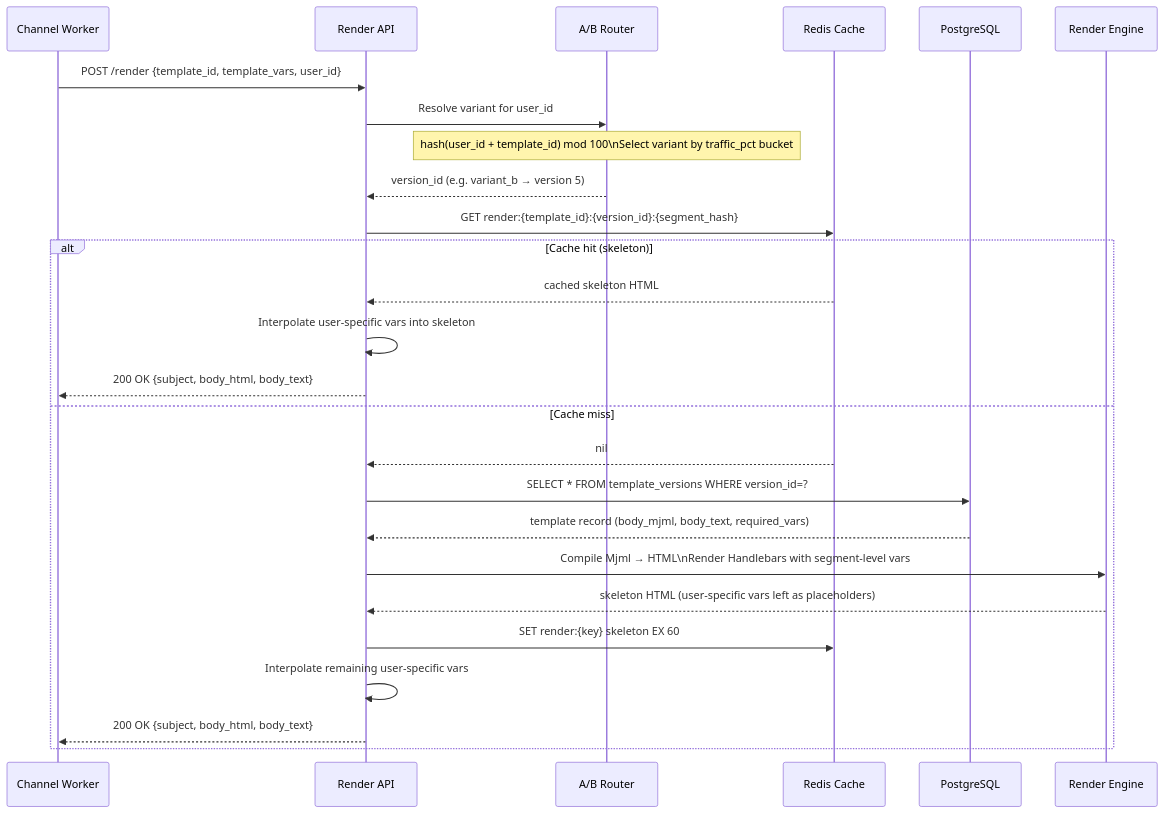
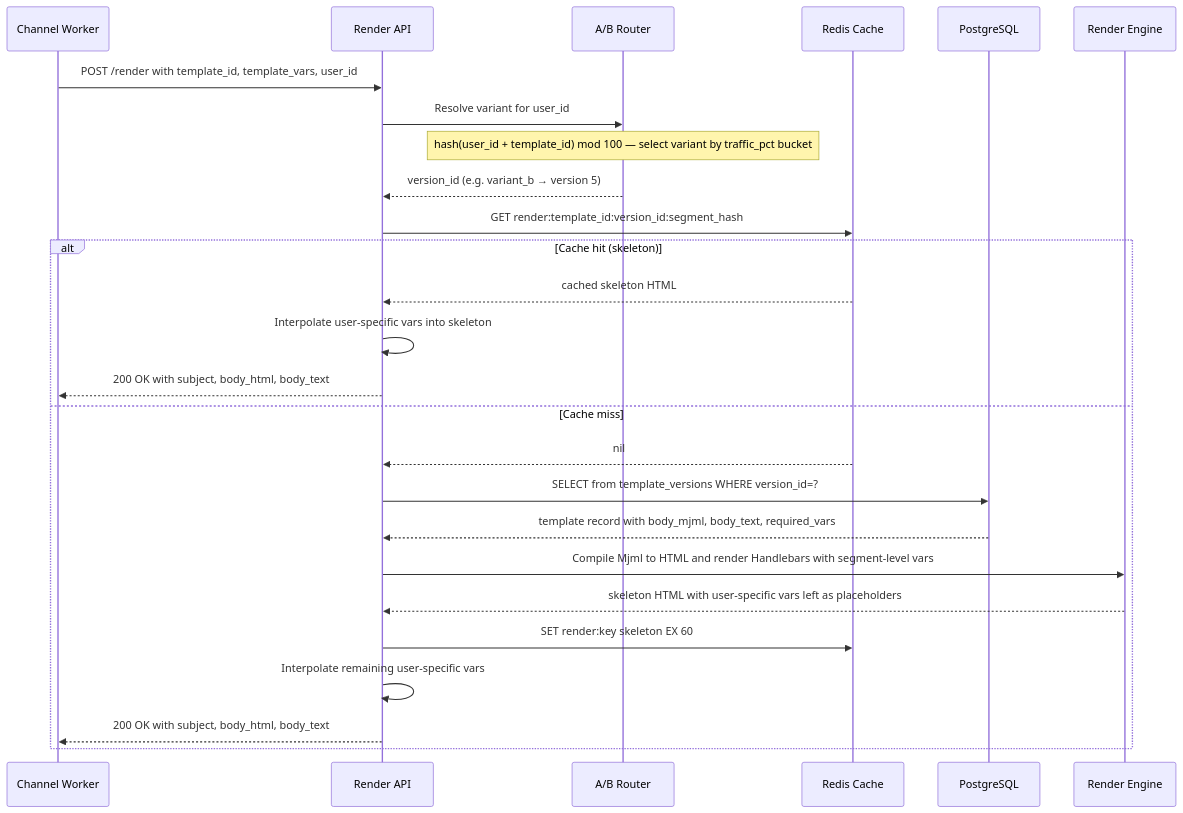
The third of 9 diagrams in notification-service/design/template-service.md (bindian0509/system-design), drawn with Mermaid before and after one commit. The commit also changed other lines of this file and 9 other files, not shown here.

Commit message:
fixing mermaid

````diff
--- a/notification-service/design/template-service.md
+++ b/notification-service/design/template-service.md
@@ -270,31 +270,31 @@
 ```mermaid
 sequenceDiagram
     participant Worker as Channel Worker
     participant RA as Render API
     participant ABR as A/B Router
     participant Redis as Redis Cache
     participant PG as PostgreSQL
     participant RE as Render Engine
 
-    Worker->>RA: POST /render {template_id, template_vars, user_id}
+    Worker->>RA: POST /render with template_id, template_vars, user_id
 
     RA->>ABR: Resolve variant for user_id
-    Note over ABR: hash(user_id + template_id) mod 100\nSelect variant by traffic_pct bucket
+    Note over ABR: hash(user_id + template_id) mod 100 — select variant by traffic_pct bucket
     ABR-->>RA: version_id (e.g. variant_b → version 5)
 
-    RA->>Redis: GET render:{template_id}:{version_id}:{segment_hash}
+    RA->>Redis: GET render:template_id:version_id:segment_hash
     alt Cache hit (skeleton)
         Redis-->>RA: cached skeleton HTML
         RA->>RA: Interpolate user-specific vars into skeleton
-        RA-->>Worker: 200 OK {subject, body_html, body_text}
+        RA-->>Worker: 200 OK with subject, body_html, body_text
     else Cache miss
         Redis-->>RA: nil
-        RA->>PG: SELECT * FROM template_versions WHERE version_id=?
-        PG-->>RA: template record (body_mjml, body_text, required_vars)
-        RA->>RE: Compile Mjml → HTML\nRender Handlebars with segment-level vars
-        RE-->>RA: skeleton HTML (user-specific vars left as placeholders)
-        RA->>Redis: SET render:{key} skeleton EX 60
+        RA->>PG: SELECT from template_versions WHERE version_id=?
+        PG-->>RA: template record with body_mjml, body_text, required_vars
+        RA->>RE: Compile Mjml to HTML and render Handlebars with segment-level vars
+        RE-->>RA: skeleton HTML with user-specific vars left as placeholders
+        RA->>Redis: SET render:key skeleton EX 60
         RA->>RA: Interpolate remaining user-specific vars
-        RA-->>Worker: 200 OK {subject, body_html, body_text}
+        RA-->>Worker: 200 OK with subject, body_html, body_text
     end
 ```
````
